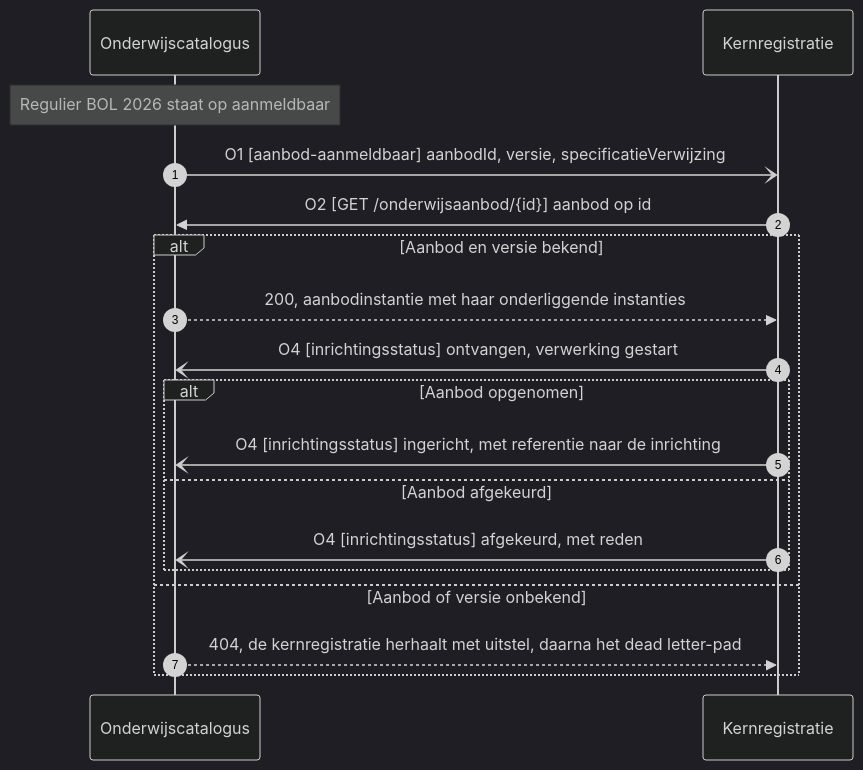
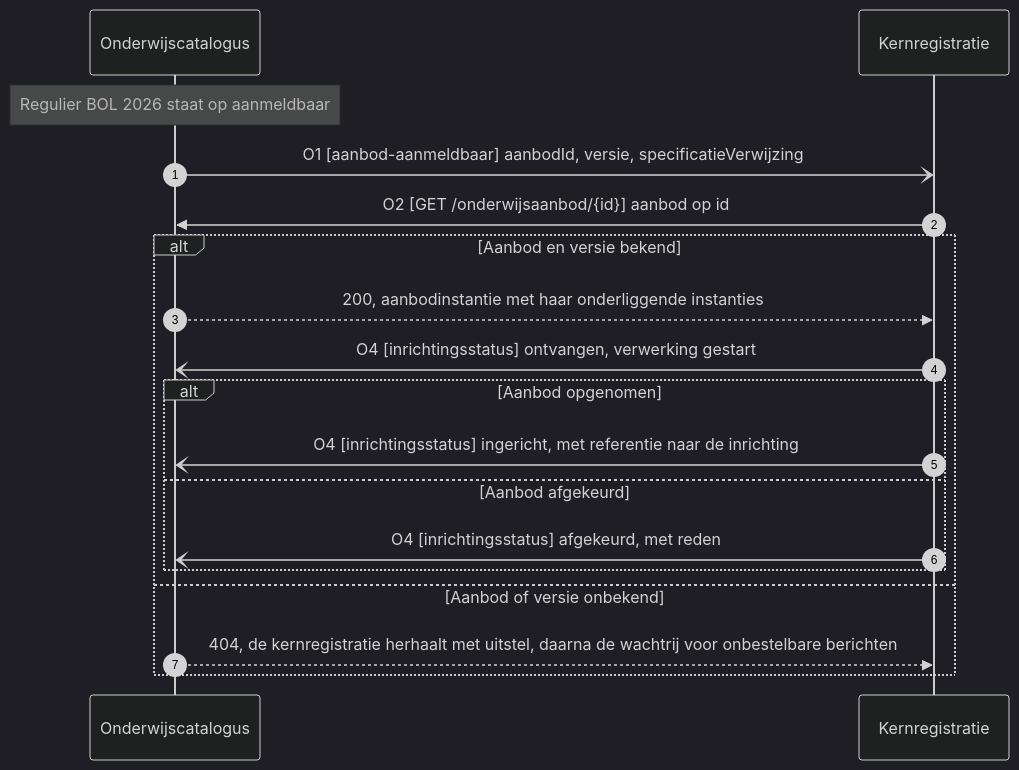
The diagram in architecture/docs/specificatie/interactie-onderwijsaanbod/stroom-is-oa-05.md (Npuls-OKx/meta), drawn with Mermaid (dark theme) before and after one commit. The commit also changed other lines of this file and 6 other files, not shown here.

````diff
--- a/architecture/docs/specificatie/interactie-onderwijsaanbod/stroom-is-oa-05.md
+++ b/architecture/docs/specificatie/interactie-onderwijsaanbod/stroom-is-oa-05.md
@@ -21,20 +21,20 @@
 ```mermaid
 sequenceDiagram
     autonumber
     participant OC as Onderwijscatalogus
     participant KRS as Kernregistratie
     Note over OC: Regulier BOL 2026 staat op aanmeldbaar
     OC-)KRS: O1 [aanbod-aanmeldbaar] aanbodId, versie, specificatieVerwijzing
     KRS->>OC: O2 [GET /onderwijsaanbod/{id}] aanbod op id
     alt Aanbod en versie bekend
         OC-->>KRS: 200, aanbodinstantie met haar onderliggende instanties
         KRS-)OC: O4 [inrichtingsstatus] ontvangen, verwerking gestart
         alt Aanbod opgenomen
             KRS-)OC: O4 [inrichtingsstatus] ingericht, met referentie naar de inrichting
         else Aanbod afgekeurd
             KRS-)OC: O4 [inrichtingsstatus] afgekeurd, met reden
         end
     else Aanbod of versie onbekend
-        OC-->>KRS: 404, de kernregistratie herhaalt met uitstel, daarna het dead letter-pad
+        OC-->>KRS: 404, de kernregistratie herhaalt met uitstel, daarna de wachtrij voor onbestelbare berichten
     end
 ```
````
